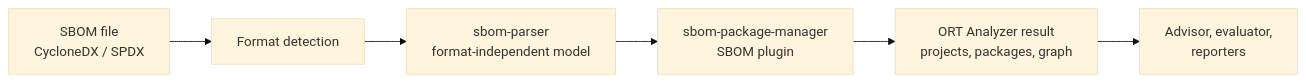
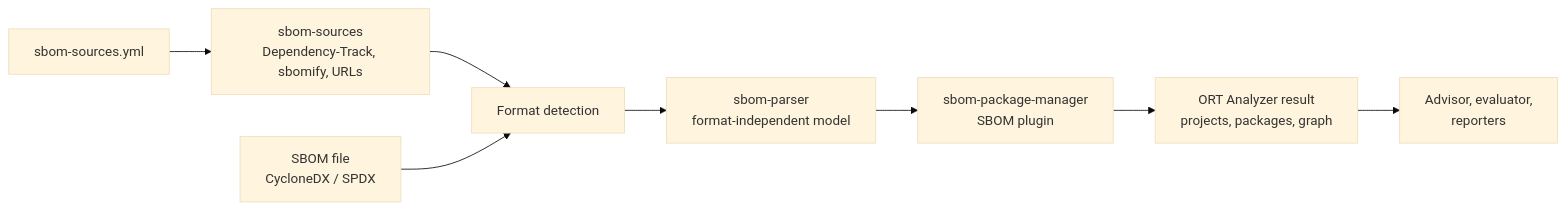
Before and after one commit to heurtematte/ort-sbom-plugin: the diagram in docs/index.md, drawn with Mermaid (base theme). The commit also changed other lines of this file and 25 other files, not shown here.

````diff
--- a/docs/index.md
+++ b/docs/index.md
@@ -53,8 +70,10 @@
 ```mermaid
 flowchart LR
+    sources[sbom-sources.yml] --> fetch[sbom-sources<br/>Dependency-Track, sbomify, URLs]
+    fetch --> detect
     sbom[SBOM file<br/>CycloneDX / SPDX] --> detect[Format detection]
     detect --> parser[sbom-parser<br/>format-independent model]
     parser --> pm[sbom-package-manager<br/>SBOM plugin]
     pm --> analyzer[ORT Analyzer result<br/>projects, packages, graph]
     analyzer --> later[Advisor, evaluator,<br/>reporters]
 ```
````
